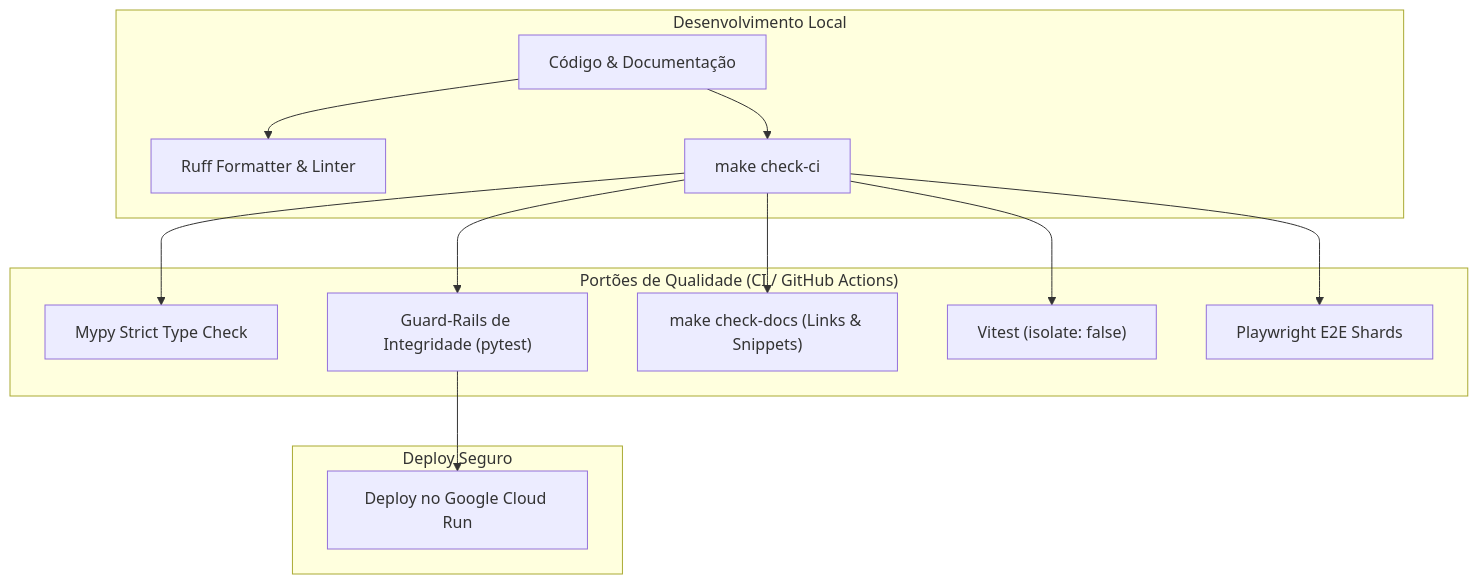
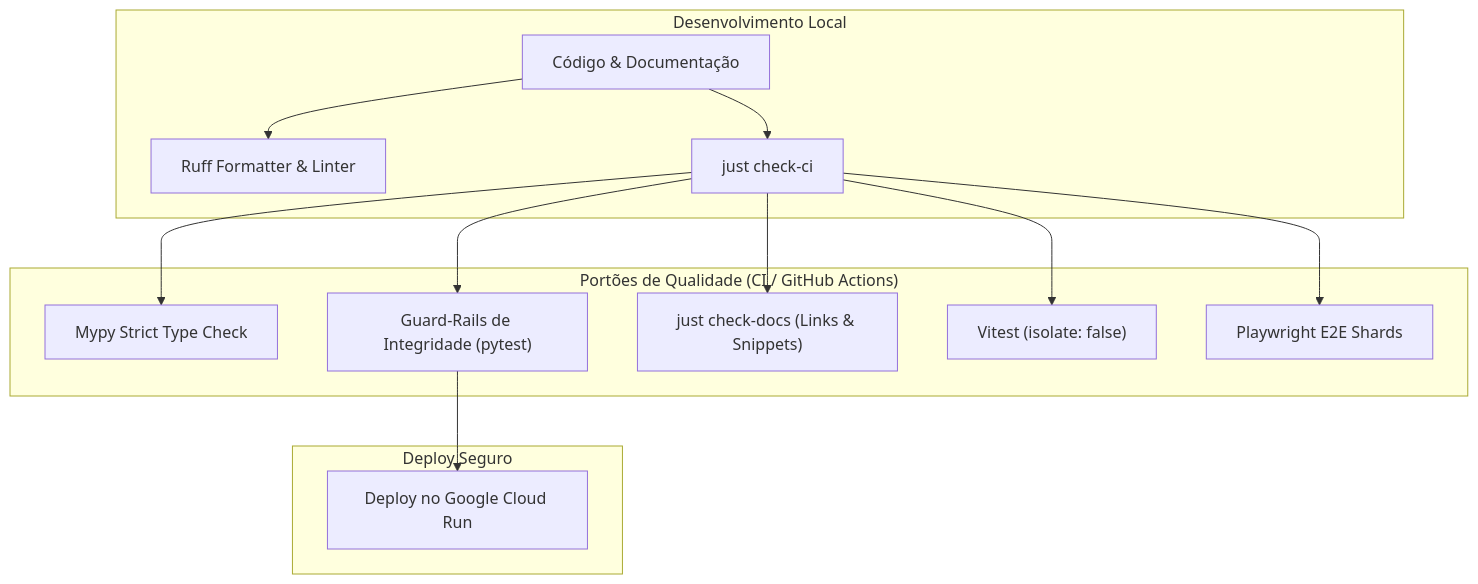
One commit to Rafaelp122/wedding_management changed the diagram in docs/reference/architecture-standards/index.md. Above: the diagram before and after it, drawn with Mermaid. The commit also changed other lines of this file and 15 other files, not shown here.

````diff
--- a/docs/reference/architecture-standards/index.md
+++ b/docs/reference/architecture-standards/index.md
@@ -14,19 +14,19 @@
 ```mermaid
 flowchart TD
     subgraph DevWork["Desenvolvimento Local"]
         Code["Código & Documentação"] --> PreCommit["Ruff Formatter & Linter"]
-        Code --> LocalGate["make check-ci"]
+        Code --> LocalGate["just check-ci"]
     end
 
     subgraph CI_Gates["Portões de Qualidade (CI / GitHub Actions)"]
         LocalGate --> MypyStrict["Mypy Strict Type Check"]
         LocalGate --> GuardRails["Guard-Rails de Integridade (pytest)"]
-        LocalGate --> DocsAudit["make check-docs (Links & Snippets)"]
+        LocalGate --> DocsAudit["just check-docs (Links & Snippets)"]
         LocalGate --> VitestSuite["Vitest (isolate: false)"]
         LocalGate --> PlaywrightE2E["Playwright E2E Shards"]
     end
 
     subgraph Production["Deploy Seguro"]
         GuardRails --> CloudRun["Deploy no Google Cloud Run"]
     end
 ```
````
